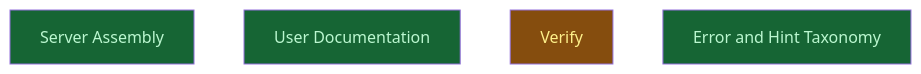
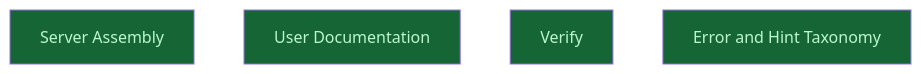
The diagram in __roadmap__/colgrep_mcp/build/tools/integrate/README.md (CrackingShells/colgrep-mcp), drawn with Mermaid before and after one commit. The commit also changed other lines of this file and 5 other files, not shown here.

Commit message:
docs(roadmap): close campaign colgrep_mcp — all nodes done

````diff
--- a/__roadmap__/colgrep_mcp/build/tools/integrate/README.md
+++ b/__roadmap__/colgrep_mcp/build/tools/integrate/README.md
@@ -18,12 +18,12 @@
 ```mermaid
 graph TD
     server_assembly[Server Assembly]:::done
     docs_readme[User Documentation]:::done
-    verify[Verify]:::inprogress
+    verify[Verify]:::done
     error_taxonomy[Error and Hint Taxonomy]:::done
     classDef done       fill:#166534,color:#bbf7d0
     classDef inprogress fill:#854d0e,color:#fef08a
     classDef planned    fill:#374151,color:#e5e7eb
     classDef amendment  fill:#1e3a5f,color:#bfdbfe
     classDef blocked    fill:#7f1d1d,color:#fecaca
 ```
````
